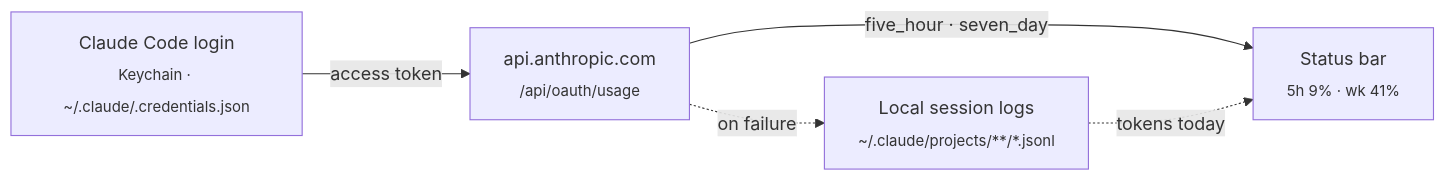
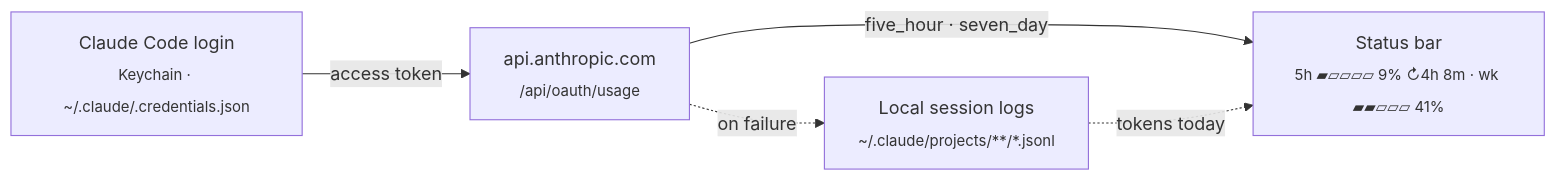
The diagram in README.md (kabartay/tokenwatch), drawn with Mermaid before and after one commit. The commit also changed other lines of this file and 10 other files, not shown here.

````diff
--- a/README.md
+++ b/README.md
@@ -82,12 +84,12 @@
 ```mermaid
 flowchart LR
   K["Claude Code login<br/><sub>Keychain · ~/.claude/.credentials.json</sub>"]
   API["api.anthropic.com<br/><sub>/api/oauth/usage</sub>"]
   LOGS["Local session logs<br/><sub>~/.claude/projects/**/*.jsonl</sub>"]
-  SB["Status bar<br/><sub>5h 9% · wk 41%</sub>"]
+  SB["Status bar<br/><sub>5h ▰▱▱▱▱ 9% ↻4h 8m · wk ▰▰▱▱▱ 41%</sub>"]
 
   K -->|access token| API
   API -->|five_hour · seven_day| SB
   API -.->|on failure| LOGS
   LOGS -.->|tokens today| SB
 ```
````
